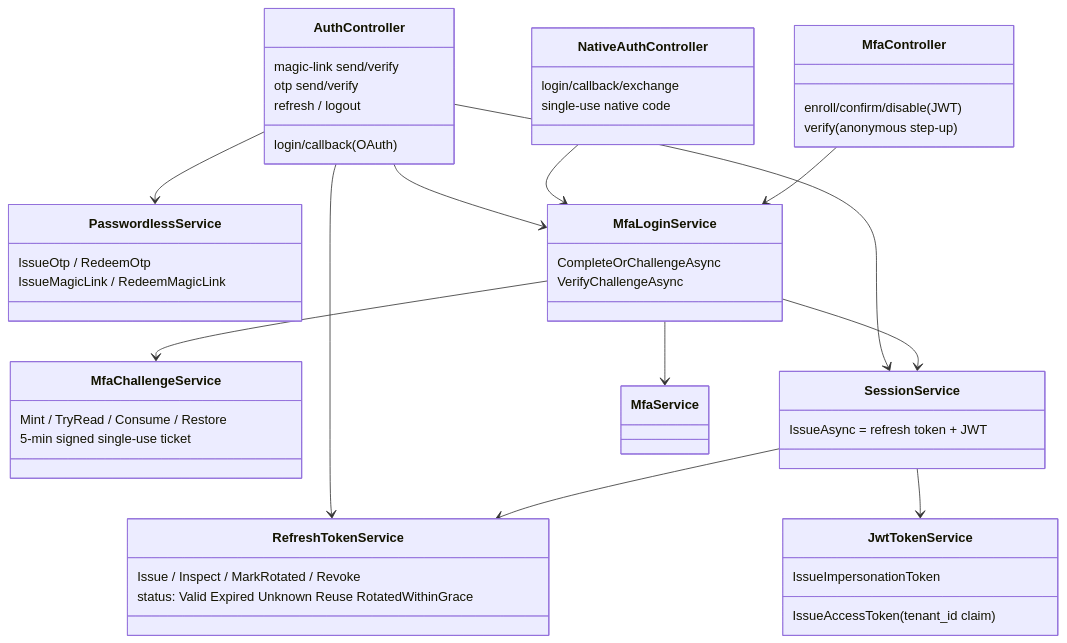
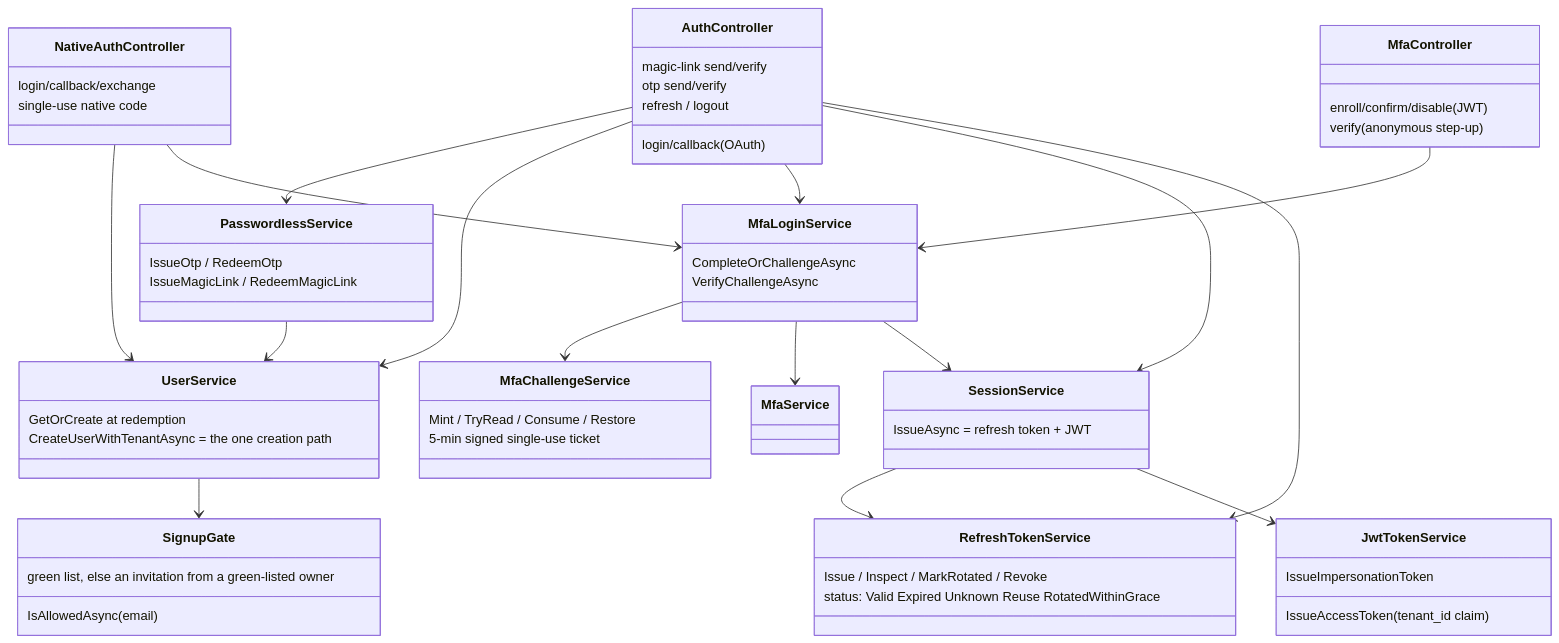
The fourth of 9 diagrams in docs/ARCHITECTURE.md (argamboad/vuelto), drawn with Mermaid before and after one commit. The commit also changed other lines of this file and 16 other files, not shown here.

First line of the commit message:
docs: the diagrams, the Postman collection and the config catalog say what the code answers, and four gates hold them (port)

````diff
--- a/docs/ARCHITECTURE.md
+++ b/docs/ARCHITECTURE.md
@@ -125,51 +125,63 @@
 ```mermaid
 classDiagram
     class AuthController {
         login/callback (OAuth)
         magic-link send/verify
         otp send/verify
         refresh / logout
     }
     class MfaController {
         enroll/confirm/disable (JWT)
         verify (anonymous step-up)
     }
     class NativeAuthController {
         login/callback/exchange
         single-use native code
     }
     class PasswordlessService {
         IssueOtp / RedeemOtp
         IssueMagicLink / RedeemMagicLink
     }
     class MfaLoginService {
         CompleteOrChallengeAsync
         VerifyChallengeAsync
     }
     class MfaChallengeService {
         Mint / TryRead / Consume / Restore
         5-min signed single-use ticket
     }
     class SessionService {
         IssueAsync = refresh token + JWT
     }
     class RefreshTokenService {
         Issue / Inspect / MarkRotated / Revoke
         status: Valid Expired Unknown Reuse RotatedWithinGrace
     }
     class JwtTokenService {
         IssueAccessToken (tenant_id claim)
         IssueImpersonationToken
     }
+    class UserService {
+        GetOrCreate at redemption
+        CreateUserWithTenantAsync = the one creation path
+    }
+    class SignupGate {
+        IsAllowedAsync(email)
+        green list, else an invitation from a green-listed owner
+    }
     AuthController --> PasswordlessService
+    AuthController --> UserService
+    NativeAuthController --> UserService
+    PasswordlessService --> UserService
+    UserService --> SignupGate
     AuthController --> MfaLoginService
     AuthController --> SessionService
     AuthController --> RefreshTokenService
     NativeAuthController --> MfaLoginService
     MfaController --> MfaLoginService
     MfaLoginService --> MfaChallengeService
     MfaLoginService --> MfaService
     MfaLoginService --> SessionService
     SessionService --> RefreshTokenService
     SessionService --> JwtTokenService
 ```
````
